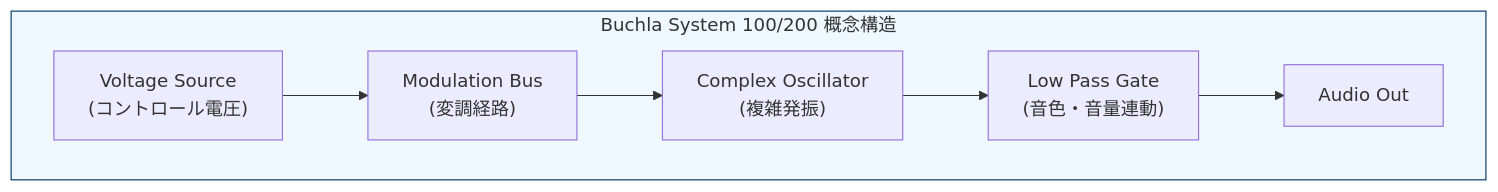
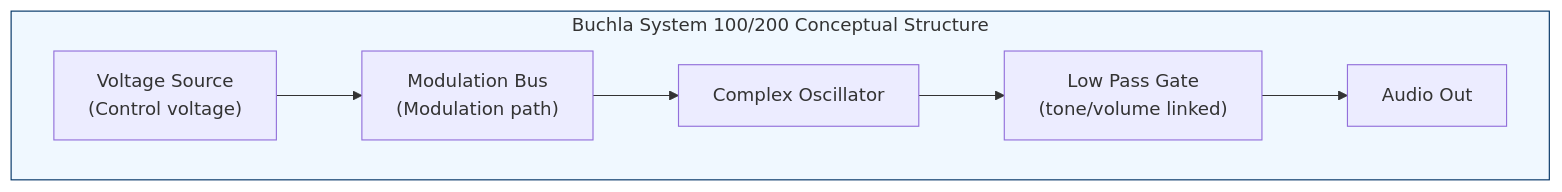
One commit to monumental-movement/monumental-movement.github.io changed the first of 2 diagrams in en/_posts/2025-10-25-column-buchla-serge.md. Above: the diagram before and after it, drawn with Mermaid. The commit also changed other lines of this file and 1719 other files, not shown here.

```diff
--- a/en/_posts/2025-10-25-column-buchla-serge.md
+++ b/en/_posts/2025-10-25-column-buchla-serge.md
@@ -62,13 +65,13 @@
 <div class="mermaid">
 
 flowchart LR
-  subgraph Buchla_System["Buchla System 100/200 概念構造"]
-    direction LR
-    CV["Voltage Source<br>(コントロール電圧)"] --> MOD["Modulation Bus<br>(変調経路)"]
-    MOD --> OSC["Complex Oscillator<br>(複雑発振)"]
-    OSC --> LPG["Low Pass Gate<br>(音色・音量連動)"]
-    LPG --> OUT["Audio Out"]
-  end
-  style Buchla_System fill:#f0f8ff,stroke:#003366,stroke-width:1px;
+subgraph Buchla_System["Buchla System 100/200 Conceptual Structure"]
+direction LR
+CV["Voltage Source<br>(Control voltage)"] --> MOD["Modulation Bus<br>(Modulation path)"]
+MOD --> OSC["Complex Oscillator<br>"]
+OSC --> LPG["Low Pass Gate<br>(tone/volume linked)"]
+LPG --> OUT["Audio Out"]
+end
+style Buchla_System fill:#f0f8ff,stroke:#003366,stroke-width:1px;
 
 </div>
```
